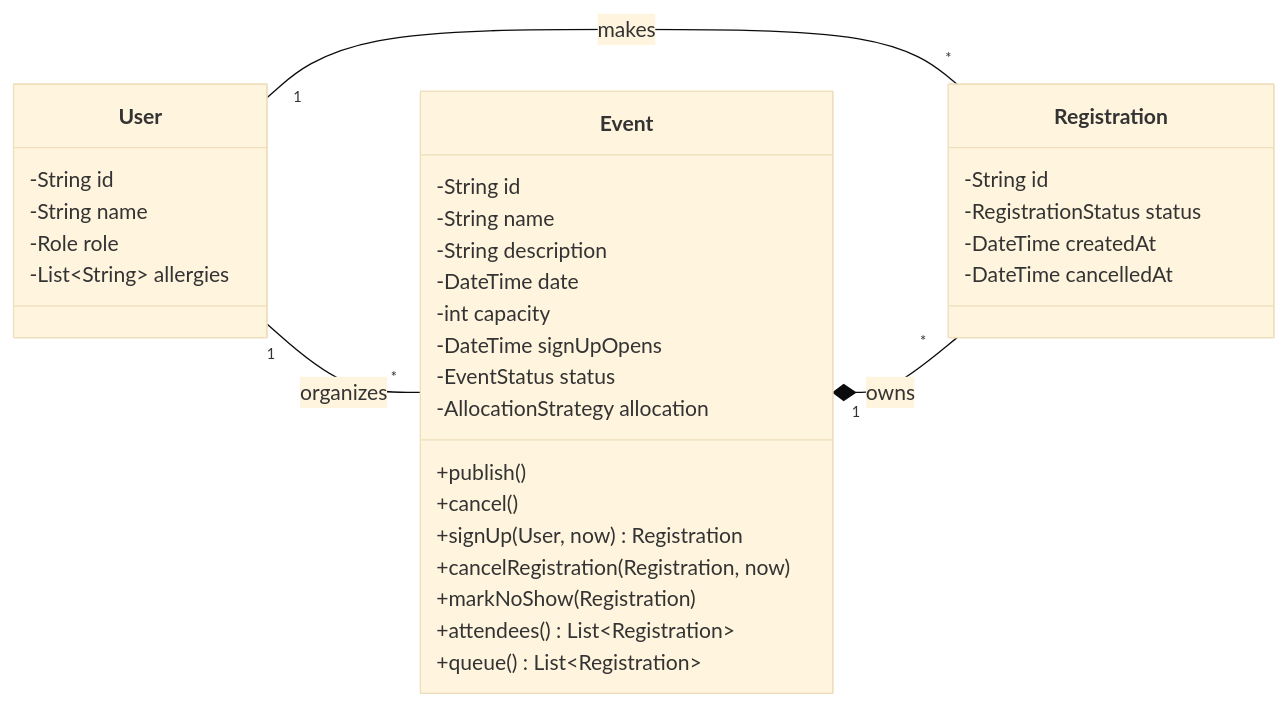
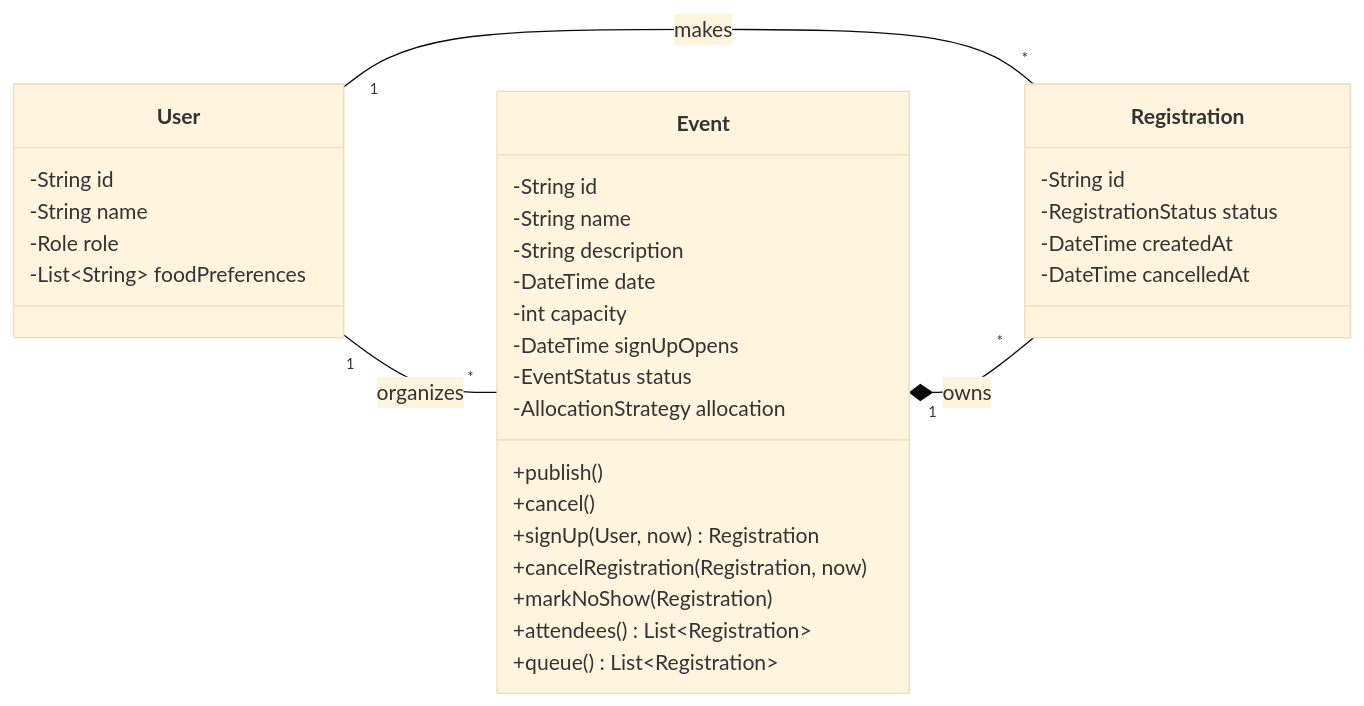
The first of 6 diagrams in ARCHITECTURE.md (youknowedo/oop-project), drawn with Mermaid (base theme) before and after one commit. The commit also changed other lines of this file and 1 other file, not shown here.

Commit message:
Rename allergies to food preferences

````diff
--- a/ARCHITECTURE.md
+++ b/ARCHITECTURE.md
@@ -151,37 +151,37 @@
 ```mermaid
 classDiagram
     direction LR
     class User {
         -String id
         -String name
         -Role role
-        -List~String~ allergies
+        -List~String~ foodPreferences
     }
     class Event {
         -String id
         -String name
         -String description
         -DateTime date
         -int capacity
         -DateTime signUpOpens
         -EventStatus status
         -AllocationStrategy allocation
         +publish()
         +cancel()
         +signUp(User, now) Registration
         +cancelRegistration(Registration, now)
         +markNoShow(Registration)
         +attendees() List~Registration~
         +queue() List~Registration~
     }
     class Registration {
         -String id
         -RegistrationStatus status
         -DateTime createdAt
         -DateTime cancelledAt
     }
 
     User "1" -- "*" Event : organizes
     User "1" -- "*" Registration : makes
     Event "1" *-- "*" Registration : owns
 ```
````
